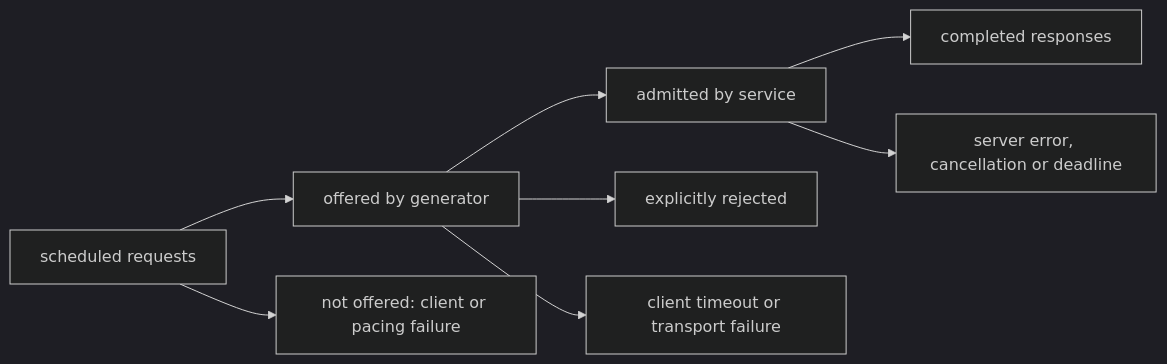
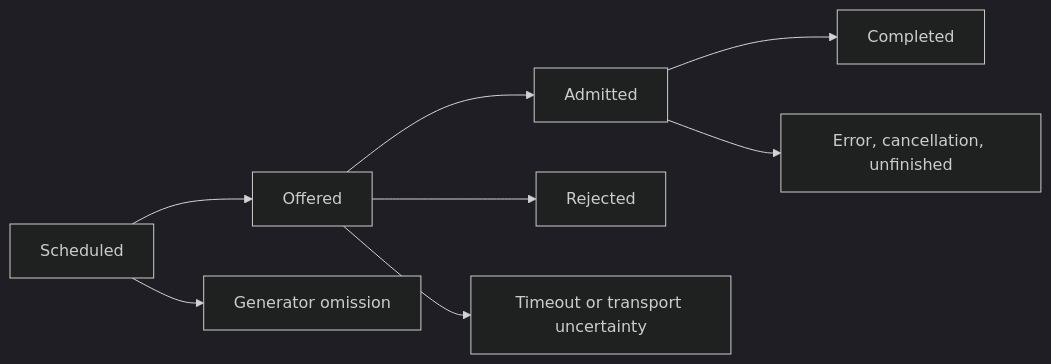
Before and after one commit to bijux/bijux-atlas: the second of 2 diagrams in docs/bijux-atlas-ops/load/index.md, drawn with Mermaid (dark theme). The commit also changed other lines of this file and 2 other files, not shown here.

````diff
--- a/docs/bijux-atlas-ops/load/index.md
+++ b/docs/bijux-atlas-ops/load/index.md
@@ -194,10 +56,10 @@
 ```mermaid
 flowchart LR
-    Scheduled[scheduled requests] --> Offered[offered by generator]
-    Scheduled --> ClientDropped[not offered: client or pacing failure]
-    Offered --> Admitted[admitted by service]
-    Offered --> Rejected[explicitly rejected]
-    Offered --> ClientTimeout[client timeout or transport failure]
-    Admitted --> Completed[completed responses]
-    Admitted --> ServerLost[server error, cancellation or deadline]
+    Scheduled --> Offered
+    Scheduled --> Omitted[Generator omission]
+    Offered --> Admitted
+    Offered --> Rejected
+    Offered --> Unknown[Timeout or transport uncertainty]
+    Admitted --> Completed
+    Admitted --> Lost[Error, cancellation, unfinished]
 ```
````
